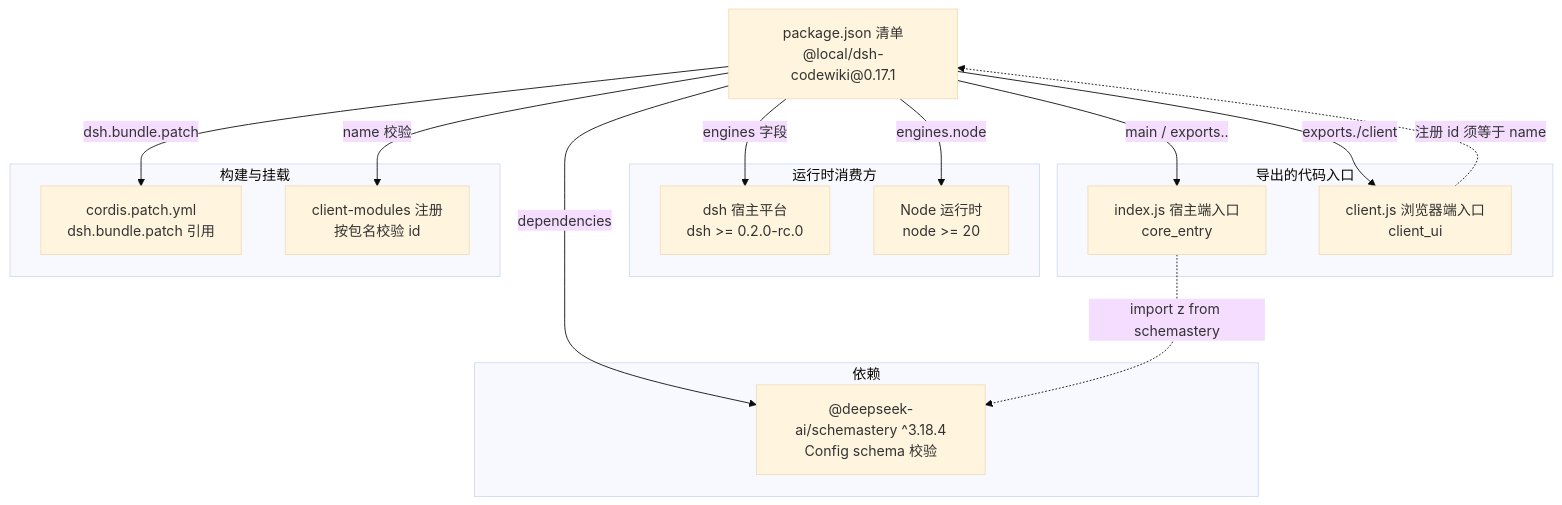
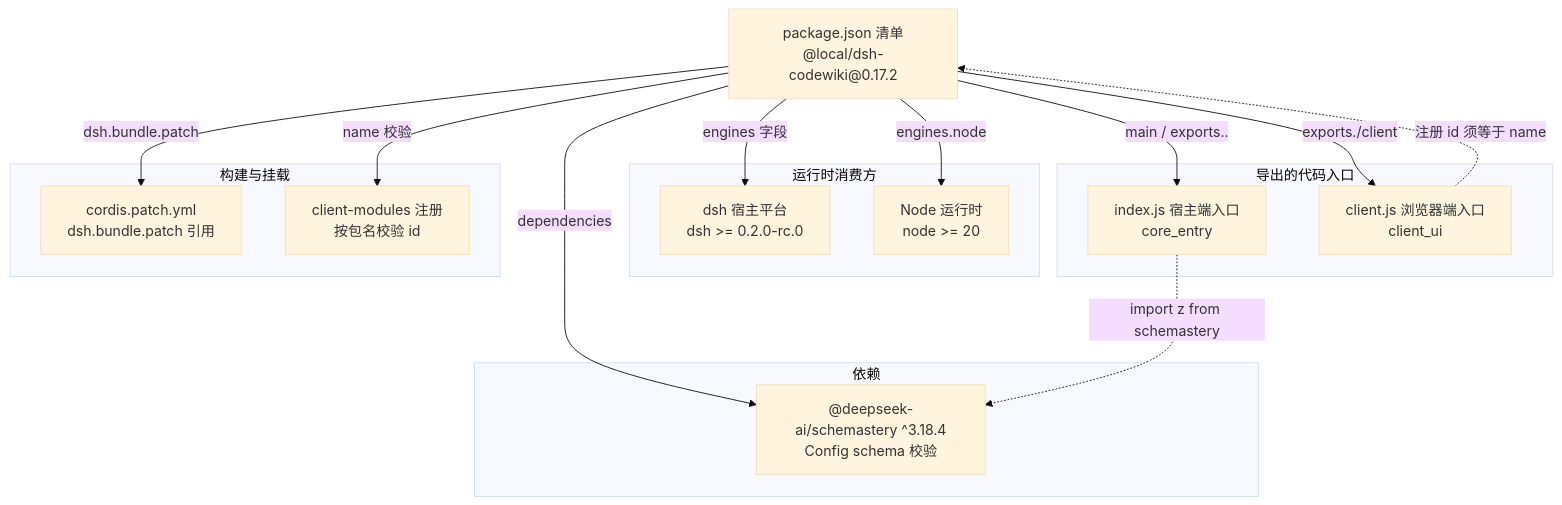
The first of 3 diagrams in .codewiki/_native-state/docs/Build___Dependency_Configuration_Layer/package_manifest.md (ikliml666/dsh-codewiki), drawn with Mermaid (base theme) before and after one commit. The commit also changed other lines of this file and 17 other files, not shown here.

````diff
--- a/.codewiki/_native-state/docs/Build___Dependency_Configuration_Layer/package_manifest.md
+++ b/.codewiki/_native-state/docs/Build___Dependency_Configuration_Layer/package_manifest.md
@@ -35,34 +35,34 @@
 ```mermaid
 flowchart TD
-    PKG["package.json 清单<br/>@local/dsh-codewiki@0.17.1"]
+    PKG["package.json 清单<br/>@local/dsh-codewiki@0.17.2"]
 
     subgraph 运行时消费方
         HOST["dsh 宿主平台<br/>dsh >= 0.2.0-rc.0"]
         NODE["Node 运行时<br/>node >= 20"]
     end
 
     subgraph 导出的代码入口
         MAIN["index.js 宿主端入口<br/>core_entry"]
         CLIENT["client.js 浏览器端入口<br/>client_ui"]
     end
 
     subgraph 构建与挂载
         PATCH["cordis.patch.yml<br/>dsh.bundle.patch 引用"]
         REG["client-modules 注册<br/>按包名校验 id"]
     end
 
     subgraph 依赖
         SCHEMA["@deepseek-ai/schemastery ^3.18.4<br/>Config schema 校验"]
     end
 
     PKG -->|"main / exports.."| MAIN
     PKG -->|"exports./client"| CLIENT
     PKG -->|"engines 字段"| HOST
     PKG -->|"engines.node"| NODE
     PKG -->|"dsh.bundle.patch"| PATCH
     PKG -->|"name 校验"| REG
     PKG -->|"dependencies"| SCHEMA
 
     MAIN -.->|"import z from schemastery"| SCHEMA
     CLIENT -.->|"注册 id 须等于 name"| PKG
 ```
````
